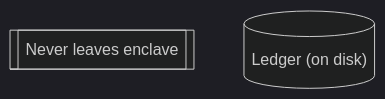
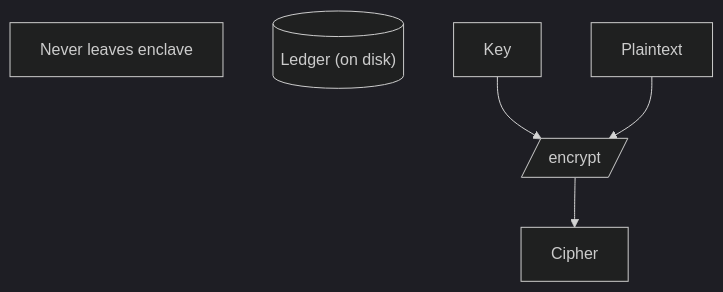
One commit to microsoft/CCF changed the first of 3 diagrams in doc/overview/cryptography.rst. Above: the diagram before and after it, drawn with Mermaid (dark theme). The commit also changed other lines of this file, not shown here.

```diff
--- a/doc/overview/cryptography.rst
+++ b/doc/overview/cryptography.rst
@@ -44,5 +44,8 @@
 .. mermaid::
 
     flowchart TB
-        A[[Never leaves enclave]]
+        A[Never leaves enclave]
         L[("Ledger (on disk)")]
+        C{{Multiple}}
+        B[Key] --> E[/encrypt/]
+        P[Plaintext] --> E[/encrypt/] --> C[Cipher]
```
